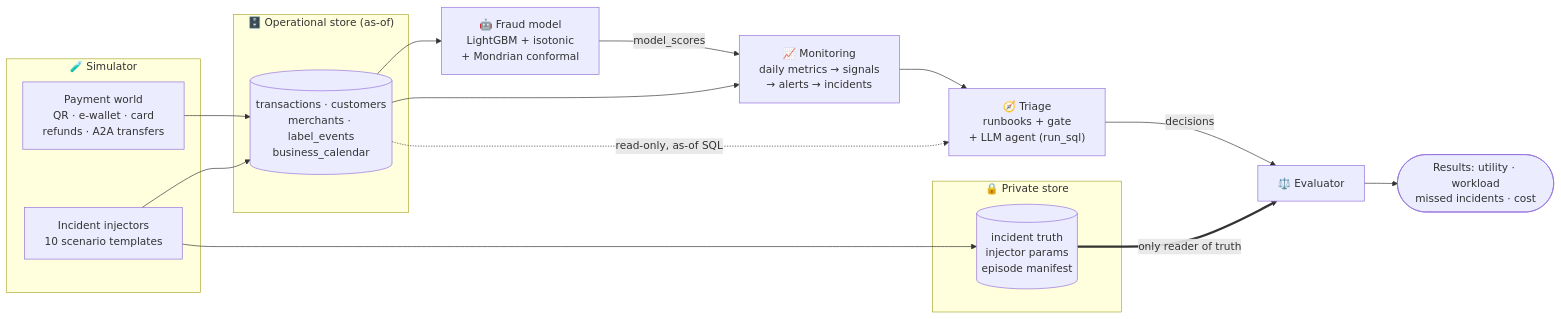
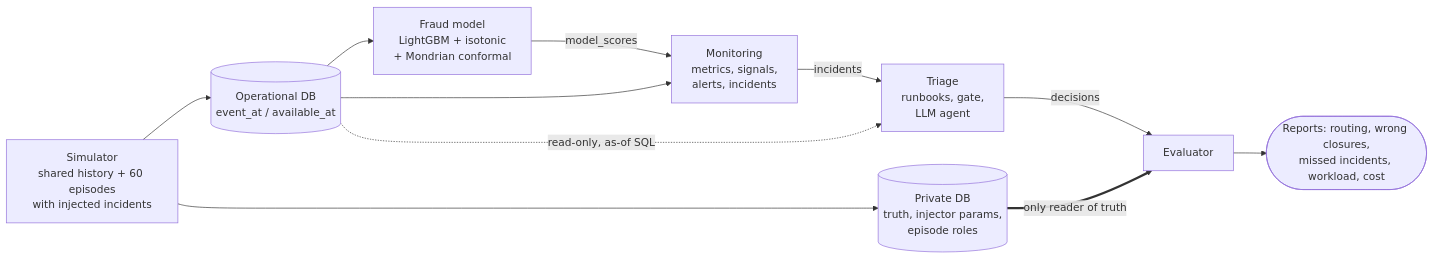
Before and after one commit to longhuynh55/PayGuard: the diagram in README.md, drawn with Mermaid. The commit also changed other lines of this file, not shown here.

````diff
--- a/README.md
+++ b/README.md
@@ -47,28 +42,13 @@
 ```mermaid
 flowchart LR
-    subgraph SIM["🧪 Simulator"]
-        W["Payment world<br/>QR · e-wallet · card<br/>refunds · A2A transfers"]
-        INJ["Incident injectors<br/>10 scenario templates"]
-    end
-
-    subgraph OPS["🗄️ Operational store (as-of)"]
-        TX[("transactions · customers<br/>merchants · label_events<br/>business_calendar")]
-    end
-
-    subgraph PRIV["🔒 Private store"]
-        TR[("incident truth<br/>injector params<br/>episode manifest")]
-    end
-
-    W --> TX
-    INJ --> TX
-    INJ --> TR
-
-    TX --> M["🤖 Fraud model<br/>LightGBM + isotonic<br/>+ Mondrian conformal"]
-    M -->|model_scores| MON["📈 Monitoring<br/>daily metrics → signals<br/>→ alerts → incidents"]
-    TX --> MON
-    MON --> TRI["🧭 Triage<br/>runbooks + gate<br/>+ LLM agent (run_sql)"]
-    TX -.->|"read-only, as-of SQL"| TRI
-    TRI -->|decisions| EV["⚖️ Evaluator"]
-    TR ==>|"only reader of truth"| EV
-    EV --> R(["Results: utility · workload<br/>missed incidents · cost"])
+    SIM["Simulator<br/>shared history + 60 episodes<br/>with injected incidents"] --> OPS[("Operational DB<br/>event_at / available_at")]
+    SIM --> PRIV[("Private DB<br/>truth, injector params,<br/>episode roles")]
+    OPS --> MOD["Fraud model<br/>LightGBM + isotonic<br/>+ Mondrian conformal"]
+    MOD -->|"model_scores"| MON["Monitoring<br/>metrics, signals,<br/>alerts, incidents"]
+    OPS --> MON
+    MON -->|"incidents"| TRI["Triage<br/>runbooks, gate,<br/>LLM agent"]
+    OPS -.->|"read-only, as-of SQL"| TRI
+    TRI -->|"decisions"| EV["Evaluator"]
+    PRIV ==>|"only reader of truth"| EV
+    EV --> REP(["Reports: routing, wrong closures,<br/>missed incidents, workload, cost"])
 ```
````
